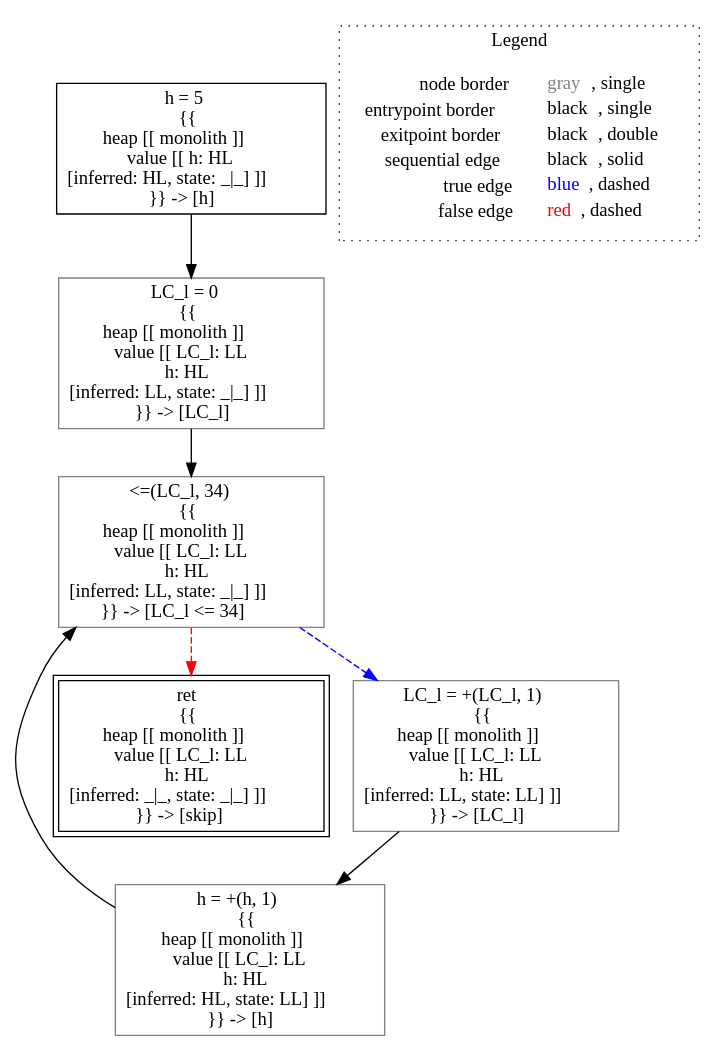
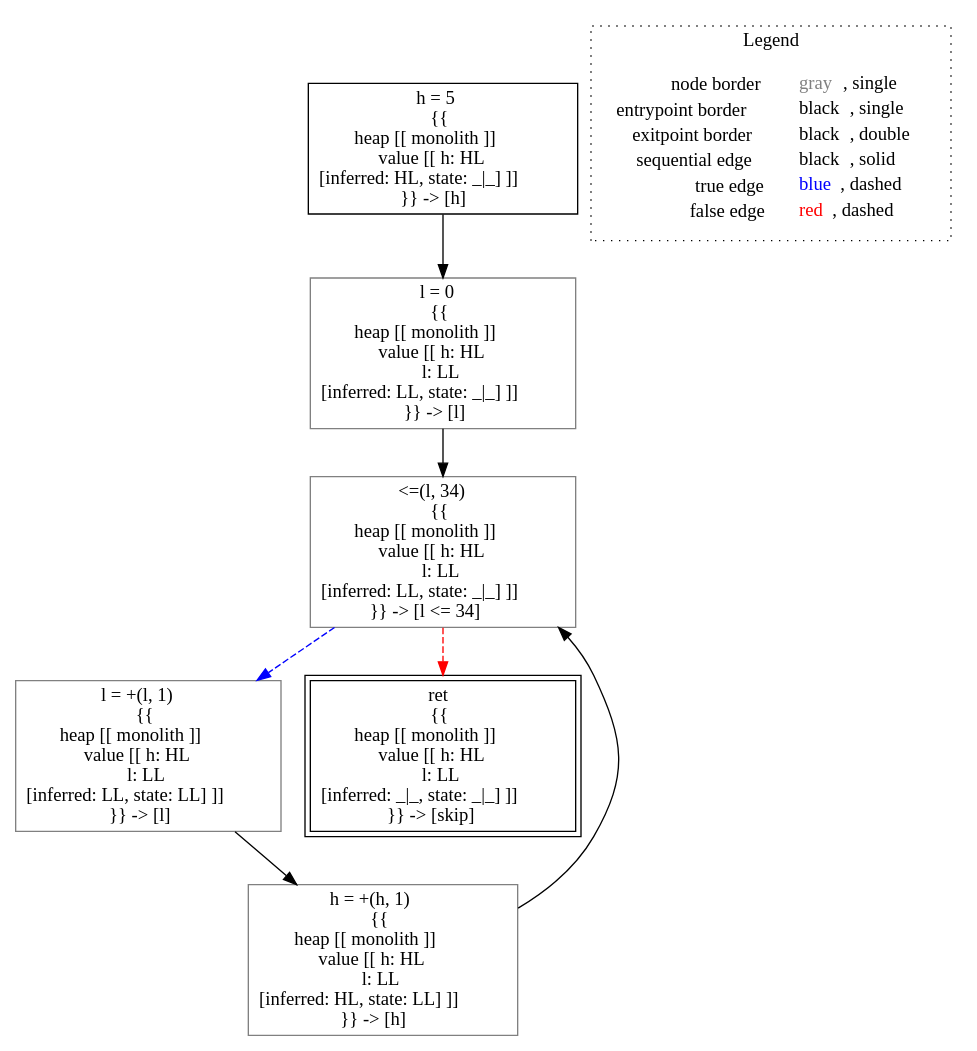
The diagram in lisa/imp-testcases/non-interference/confidentiality/analysis___untyped_Confidentiality.confidentiality_lec19ex2(Confidentiality_this).dot (lisa-analyzer/lisa), drawn with Graphviz before and after one commit. The commit also changed 30 other files, not shown here.

```diff
--- a/lisa/imp-testcases/non-interference/confidentiality/analysis___untyped_Confidentiality.confidentiality_lec19ex2(Confidentiality_this).dot
+++ b/lisa/imp-testcases/non-interference/confidentiality/analysis___untyped_Confidentiality.confidentiality_lec19ex2(Confidentiality_this).dot
@@ -1,21 +1,21 @@
 digraph {
 	"node0" [shape="rect",color="black",label=<h = 5<BR/>{{<BR/>heap [[ monolith ]]<BR/>value [[ h: HL<BR/>[inferred: HL, state: _|_] ]]<BR/>}} -&gt; [h]>];
-	"node1" [shape="rect",color="gray",label=<h = +(h, 1)<BR/>{{<BR/>heap [[ monolith ]]<BR/>value [[ LC_l: LL<BR/>h: HL<BR/>[inferred: HL, state: LL] ]]<BR/>}} -&gt; [h]>];
-	"node2" [shape="rect",color="black",peripheries="2",label=<ret<BR/>{{<BR/>heap [[ monolith ]]<BR/>value [[ LC_l: LL<BR/>h: HL<BR/>[inferred: _|_, state: _|_] ]]<BR/>}} -&gt; [skip]>];
-	"node3" [shape="rect",color="gray",label=<LC_l = +(LC_l, 1)<BR/>{{<BR/>heap [[ monolith ]]<BR/>value [[ LC_l: LL<BR/>h: HL<BR/>[inferred: LL, state: LL] ]]<BR/>}} -&gt; [LC_l]>];
-	"node4" [shape="rect",color="gray",label=<&lt;=(LC_l, 34)<BR/>{{<BR/>heap [[ monolith ]]<BR/>value [[ LC_l: LL<BR/>h: HL<BR/>[inferred: LL, state: _|_] ]]<BR/>}} -&gt; [LC_l &lt;= 34]>];
-	"node5" [shape="rect",color="gray",label=<LC_l = 0<BR/>{{<BR/>heap [[ monolith ]]<BR/>value [[ LC_l: LL<BR/>h: HL<BR/>[inferred: LL, state: _|_] ]]<BR/>}} -&gt; [LC_l]>];
-	"node1" -> "node4" [color="black"];
-	"node3" -> "node1" [color="black"];
-	"node4" -> "node2" [color="red",style="dashed"];
-	"node4" -> "node3" [color="blue",style="dashed"];
-	"node0" -> "node5" [color="black"];
-	"node5" -> "node4" [color="black"];
+	"node1" [shape="rect",color="gray",label=<l = +(l, 1)<BR/>{{<BR/>heap [[ monolith ]]<BR/>value [[ h: HL<BR/>l: LL<BR/>[inferred: LL, state: LL] ]]<BR/>}} -&gt; [l]>];
+	"node2" [shape="rect",color="black",peripheries="2",label=<ret<BR/>{{<BR/>heap [[ monolith ]]<BR/>value [[ h: HL<BR/>l: LL<BR/>[inferred: _|_, state: _|_] ]]<BR/>}} -&gt; [skip]>];
+	"node3" [shape="rect",color="gray",label=<&lt;=(l, 34)<BR/>{{<BR/>heap [[ monolith ]]<BR/>value [[ h: HL<BR/>l: LL<BR/>[inferred: LL, state: _|_] ]]<BR/>}} -&gt; [l &lt;= 34]>];
+	"node4" [shape="rect",color="gray",label=<l = 0<BR/>{{<BR/>heap [[ monolith ]]<BR/>value [[ h: HL<BR/>l: LL<BR/>[inferred: LL, state: _|_] ]]<BR/>}} -&gt; [l]>];
+	"node5" [shape="rect",color="gray",label=<h = +(h, 1)<BR/>{{<BR/>heap [[ monolith ]]<BR/>value [[ h: HL<BR/>l: LL<BR/>[inferred: HL, state: LL] ]]<BR/>}} -&gt; [h]>];
+	"node0" -> "node4" [color="black"];
+	"node1" -> "node5" [color="black"];
+	"node3" -> "node1" [color="blue",style="dashed"];
+	"node3" -> "node2" [color="red",style="dashed"];
+	"node4" -> "node3" [color="black"];
+	"node5" -> "node3" [color="black"];
 subgraph cluster_legend {
 	label="Legend";
 	style=dotted;
 	node [shape=plaintext];
 	"legend" [label=<<table border="0" cellpadding="2" cellspacing="0" cellborder="0"><tr><td align="right">node border&nbsp;</td><td align="left"><font color="gray">gray</font>, single</td></tr><tr><td align="right">entrypoint border&nbsp;</td><td align="left"><font color="black">black</font>, single</td></tr><tr><td align="right">exitpoint border&nbsp;</td><td align="left"><font color="black">black</font>, double</td></tr><tr><td align="right">sequential edge&nbsp;</td><td align="left"><font color="black">black</font>, solid</td></tr><tr><td align="right">true edge&nbsp;</td><td align="left"><font color="blue">blue</font>, dashed</td></tr><tr><td align="right">false edge&nbsp;</td><td align="left"><font color="red">red</font>, dashed</td></tr></table>>];
 }
 
 }
```
